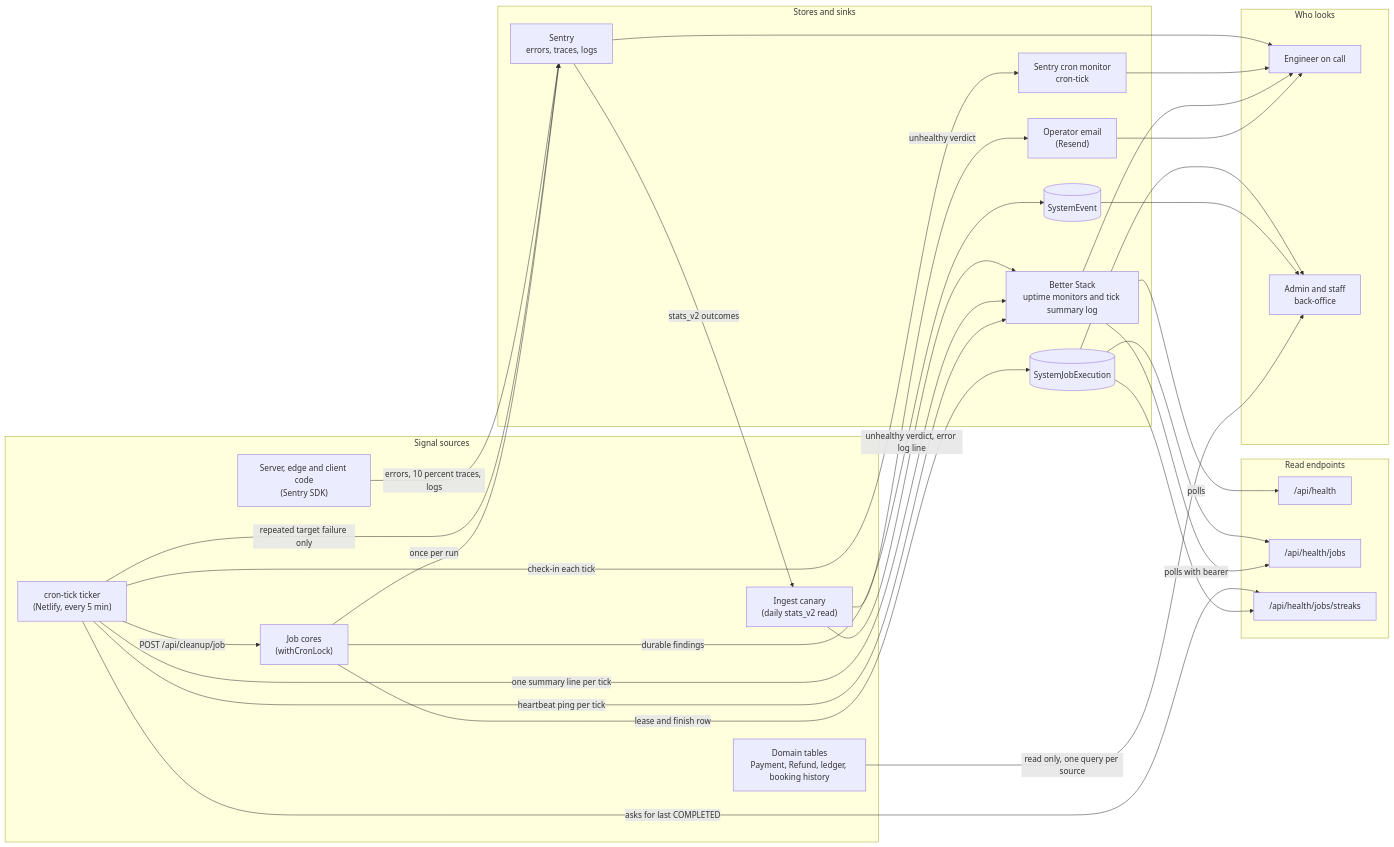
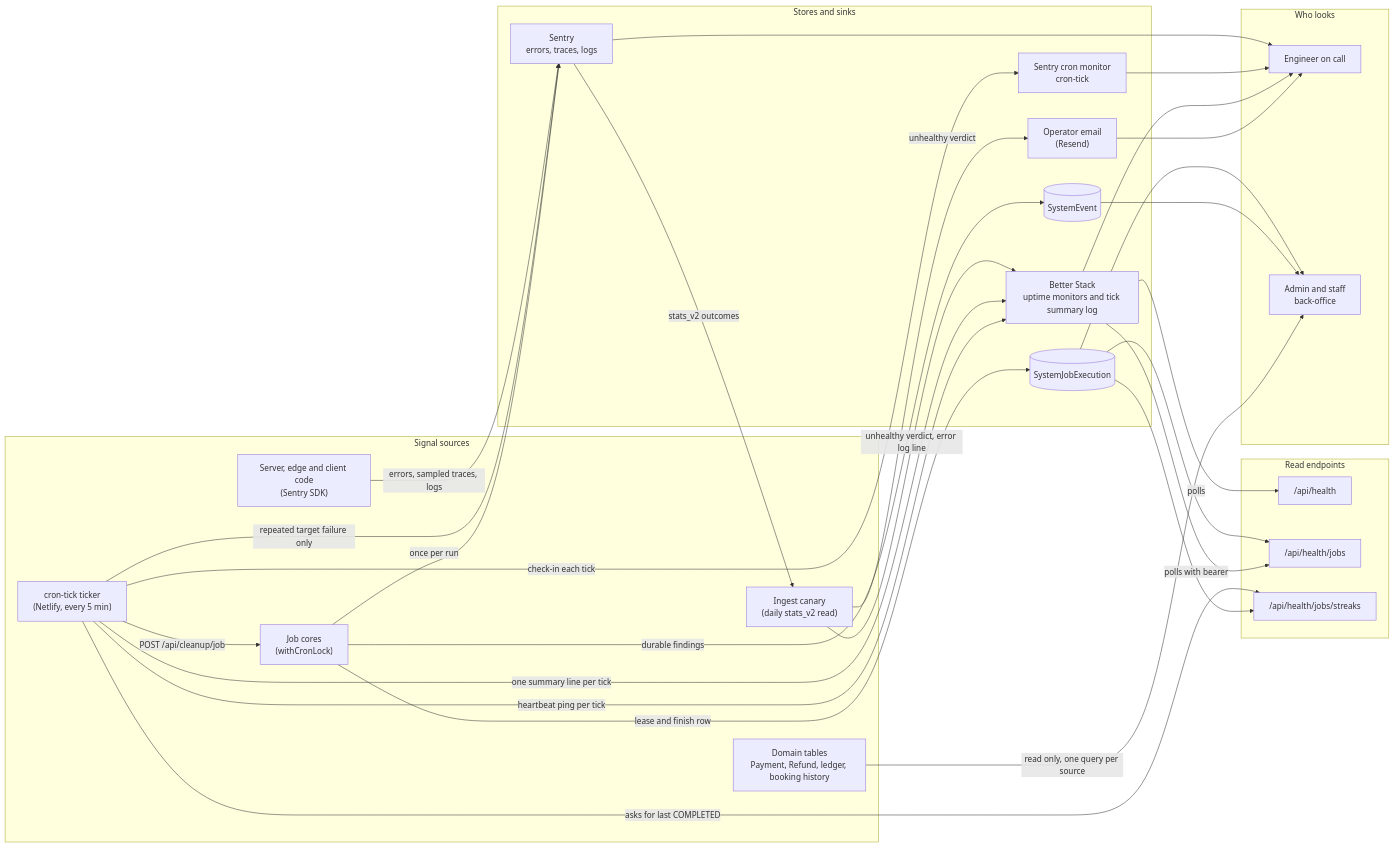
Before and after one commit to Practitionist/familiarise_web: the diagram in docs/observability/00-system-design.md, drawn with Mermaid. The commit also changed other lines of this file and 3 other files, not shown here.

````diff
--- a/docs/observability/00-system-design.md
+++ b/docs/observability/00-system-design.md
@@ -28,55 +28,55 @@
 ```mermaid
 flowchart LR
     subgraph Sources["Signal sources"]
         APP["Server, edge and client code<br/>(Sentry SDK)"]
         CANARY["Ingest canary<br/>(daily stats_v2 read)"]
         TICK["cron-tick ticker<br/>(Netlify, every 5 min)"]
         JOBS["Job cores<br/>(withCronLock)"]
         DOMAIN["Domain tables<br/>Payment, Refund, ledger, booking history"]
     end
 
     subgraph Stores["Stores and sinks"]
         SENTRY["Sentry<br/>errors, traces, logs"]
         MONITOR["Sentry cron monitor<br/>cron-tick"]
         BS["Better Stack<br/>uptime monitors and tick summary log"]
         SJE[("SystemJobExecution")]
         SE[("SystemEvent")]
         MAIL["Operator email<br/>(Resend)"]
     end
 
     subgraph Probes["Read endpoints"]
         H1["/api/health"]
         H2["/api/health/jobs"]
         H3["/api/health/jobs/streaks"]
     end
 
     subgraph Humans["Who looks"]
         ENG["Engineer on call"]
         OPS["Admin and staff<br/>back-office"]
     end
 
-    APP -->|errors, 10 percent traces, logs| SENTRY
+    APP -->|errors, sampled traces, logs| SENTRY
     SENTRY -->|stats_v2 outcomes| CANARY
     CANARY -->|unhealthy verdict| MAIL
     CANARY -->|unhealthy verdict, error log line| BS
     TICK -->|check-in each tick| MONITOR
     TICK -->|one summary line per tick| BS
     TICK -->|heartbeat ping per tick| BS
     TICK -->|repeated target failure only| SENTRY
     TICK -->|asks for last COMPLETED| H3
     TICK -->|POST /api/cleanup/job| JOBS
     JOBS -->|lease and finish row| SJE
     JOBS -->|durable findings| SE
     JOBS -->|once per run| SENTRY
     SJE --> H2
     SJE --> H3
     BS -->|polls| H1
     BS -->|polls with bearer| H2
     SENTRY --> ENG
     MONITOR --> ENG
     BS --> ENG
     MAIL --> ENG
     SJE --> OPS
     SE --> OPS
     DOMAIN -->|read only, one query per source| OPS
 ```
````
